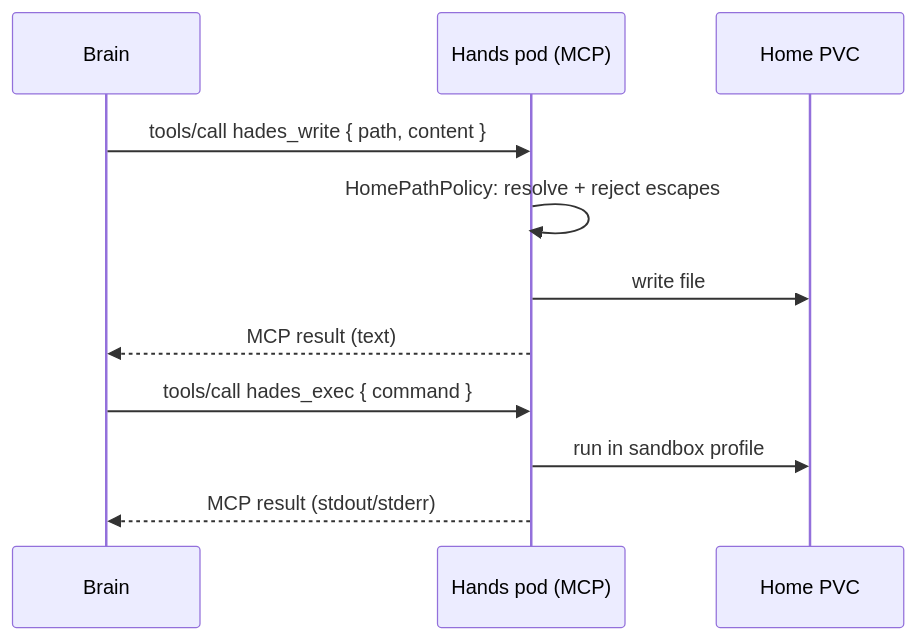
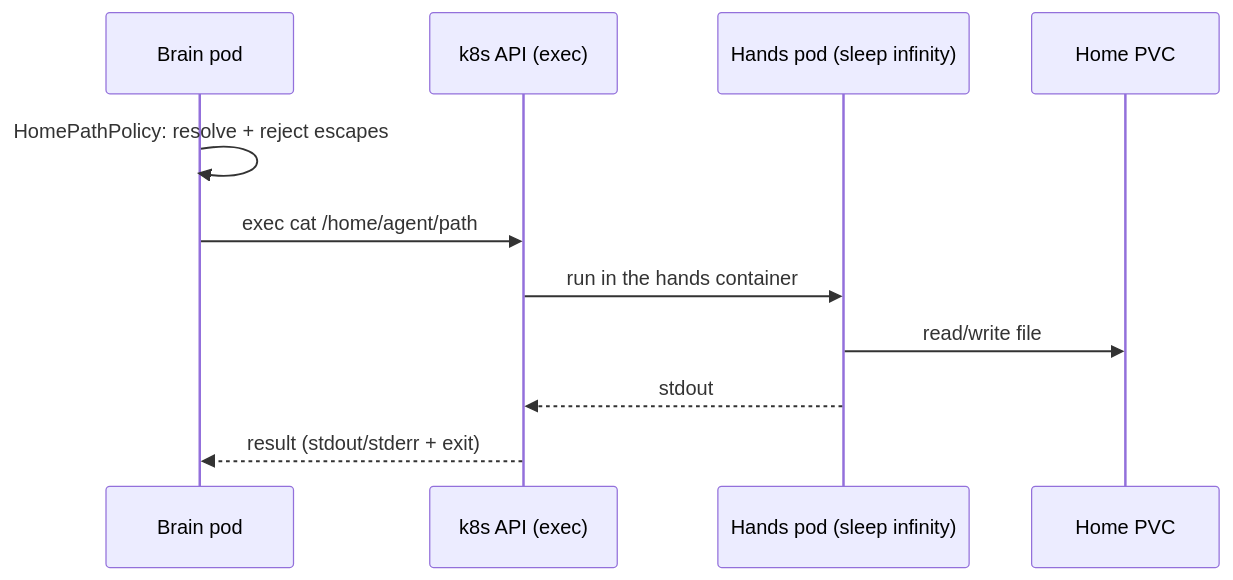
One commit to sigilmakes/hades changed the second of 3 diagrams in spec/05-hands-and-tools.md. Above: the diagram before and after it, drawn with Mermaid. The commit also changed other lines of this file and 7 other files, not shown here.

````diff
--- a/spec/05-hands-and-tools.md
+++ b/spec/05-hands-and-tools.md
@@ -36,13 +36,13 @@
 ```mermaid
 sequenceDiagram
-    participant B as Brain
-    participant H as Hands pod (MCP)
+    participant B as Brain pod
+    participant K as k8s API (exec)
+    participant H as Hands pod (sleep infinity)
     participant F as Home PVC
-    B->>H: tools/call hades_write { path, content }
-    H->>H: HomePathPolicy: resolve + reject escapes
-    H->>F: write file
-    H-->>B: MCP result (text)
-    B->>H: tools/call hades_exec { command }
-    H->>F: run in sandbox profile
-    H-->>B: MCP result (stdout/stderr)
+    B->>B: HomePathPolicy: resolve + reject escapes
+    B->>K: exec cat /home/agent/path
+    K->>H: run in the hands container
+    H->>F: read/write file
+    H-->>K: stdout
+    K-->>B: result (stdout/stderr + exit)
 ```
````
